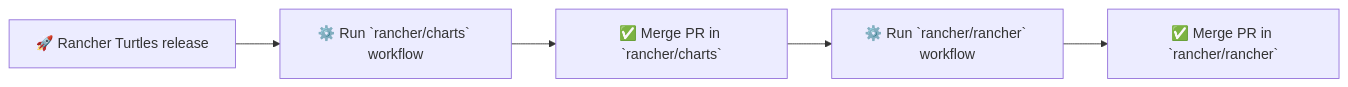
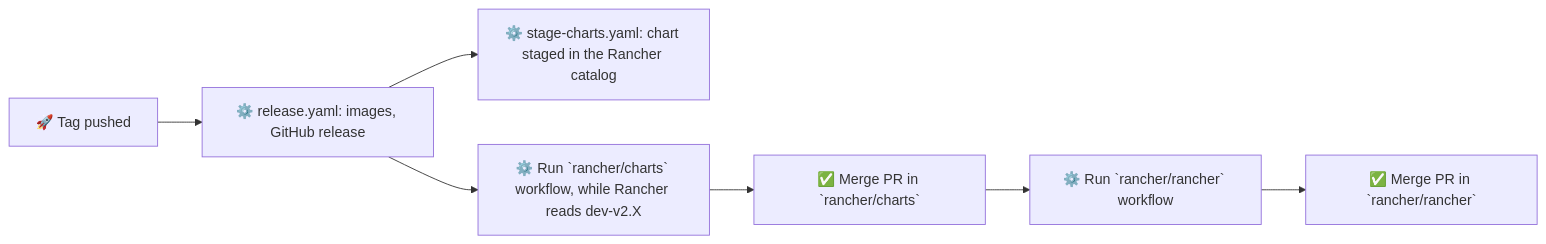
One commit to rancher/turtles changed the diagram in docs/release-automation-workflows.md. Above: the diagram before and after it, drawn with Mermaid. The commit also changed other lines of this file and 1 other file, not shown here.

Commit message:
docs: chart update workflow

````diff
--- a/docs/release-automation-workflows.md
+++ b/docs/release-automation-workflows.md
@@ -77,7 +79,9 @@
 ```mermaid
 flowchart LR
-    A[🚀 Rancher Turtles release] --> B[⚙️ Run `rancher/charts` workflow]
-    B --> C[✅ Merge PR in `rancher/charts`]
-    C --> D[⚙️ Run `rancher/rancher` workflow]
+    A[🚀 Tag pushed] --> B[⚙️ release.yaml: images, GitHub release]
+    B --> S[⚙️ stage-charts.yaml: chart staged in the Rancher catalog]
+    B --> C[⚙️ Run `rancher/charts` workflow, while Rancher reads dev-v2.X]
+    C --> M[✅ Merge PR in `rancher/charts`]
+    M --> D[⚙️ Run `rancher/rancher` workflow]
     D --> E[✅ Merge PR in `rancher/rancher`]
 ```
````
